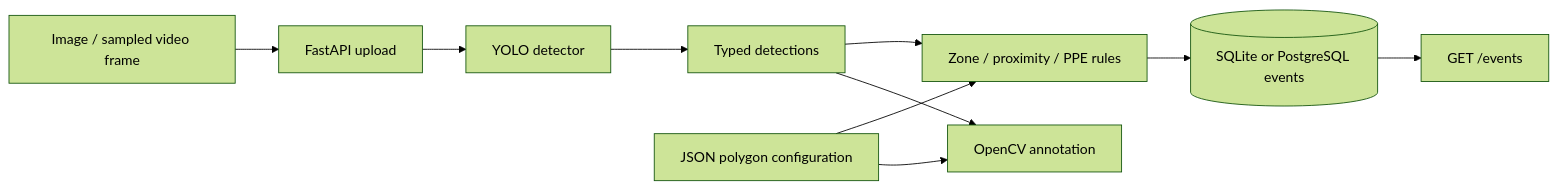
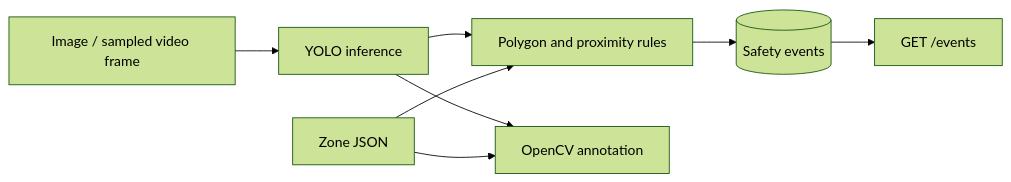
The diagram in README.md (faizansahi/warehouse-safety-vision), drawn with Mermaid (forest theme) before and after one commit. The commit also changed other lines of this file and 20 other files, not shown here.

````diff
--- a/README.md
+++ b/README.md
@@ -32,12 +20,10 @@
-```mermaid
+~~~mermaid
 flowchart LR
-  Image[Image / sampled video frame] --> API[FastAPI upload]
-  API --> YOLO[YOLO detector]
-  YOLO --> D[Typed detections]
-  Zones[JSON polygon configuration] --> Rules[Zone / proximity / PPE rules]
-  D --> Rules
-  Rules --> DB[(SQLite or PostgreSQL events)]
-  D --> Draw[OpenCV annotation]
-  Zones --> Draw
-  DB --> Events[GET /events]
-```
+  Frame[Image / sampled video frame] --> YOLO[YOLO inference]
+  YOLO --> Rules[Polygon and proximity rules]
+  Config[Zone JSON] --> Rules
+  Rules --> DB[(Safety events)]
+  DB --> API[GET /events]
+  YOLO --> Image[OpenCV annotation]
+  Config --> Image
+~~~
````
